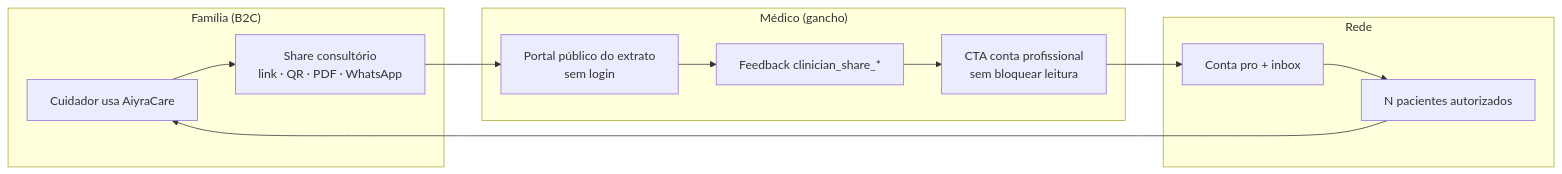
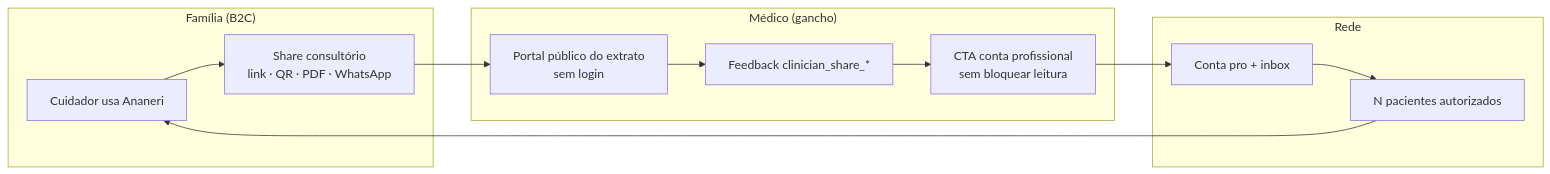
The first of 2 diagrams in docs/product/GROWTH_CONSULTORIO_CAPILARIDADE.md (RafaDru/aiyra-care), drawn with Mermaid before and after one commit. The commit also changed 83 other files, not shown here.

````diff
--- a/docs/product/GROWTH_CONSULTORIO_CAPILARIDADE.md
+++ b/docs/product/GROWTH_CONSULTORIO_CAPILARIDADE.md
@@ -17,18 +17,18 @@
 ```mermaid
 flowchart LR
   subgraph familia["Família (B2C)"]
-    C[Cuidador usa AiyraCare]
+    C[Cuidador usa Ananeri]
     S[Share consultório\nlink · QR · PDF · WhatsApp]
   end
   subgraph medico["Médico (gancho)"]
     P[Portal público do extrato\nsem login]
     F[Feedback clinician_share_*]
     CTA[CTA conta profissional\nsem bloquear leitura]
   end
   subgraph rede["Rede"]
     Pro[Conta pro + inbox]
     Pac[N pacientes autorizados]
   end
   C --> S --> P --> F --> CTA
   CTA --> Pro --> Pac --> C
 ```
````
